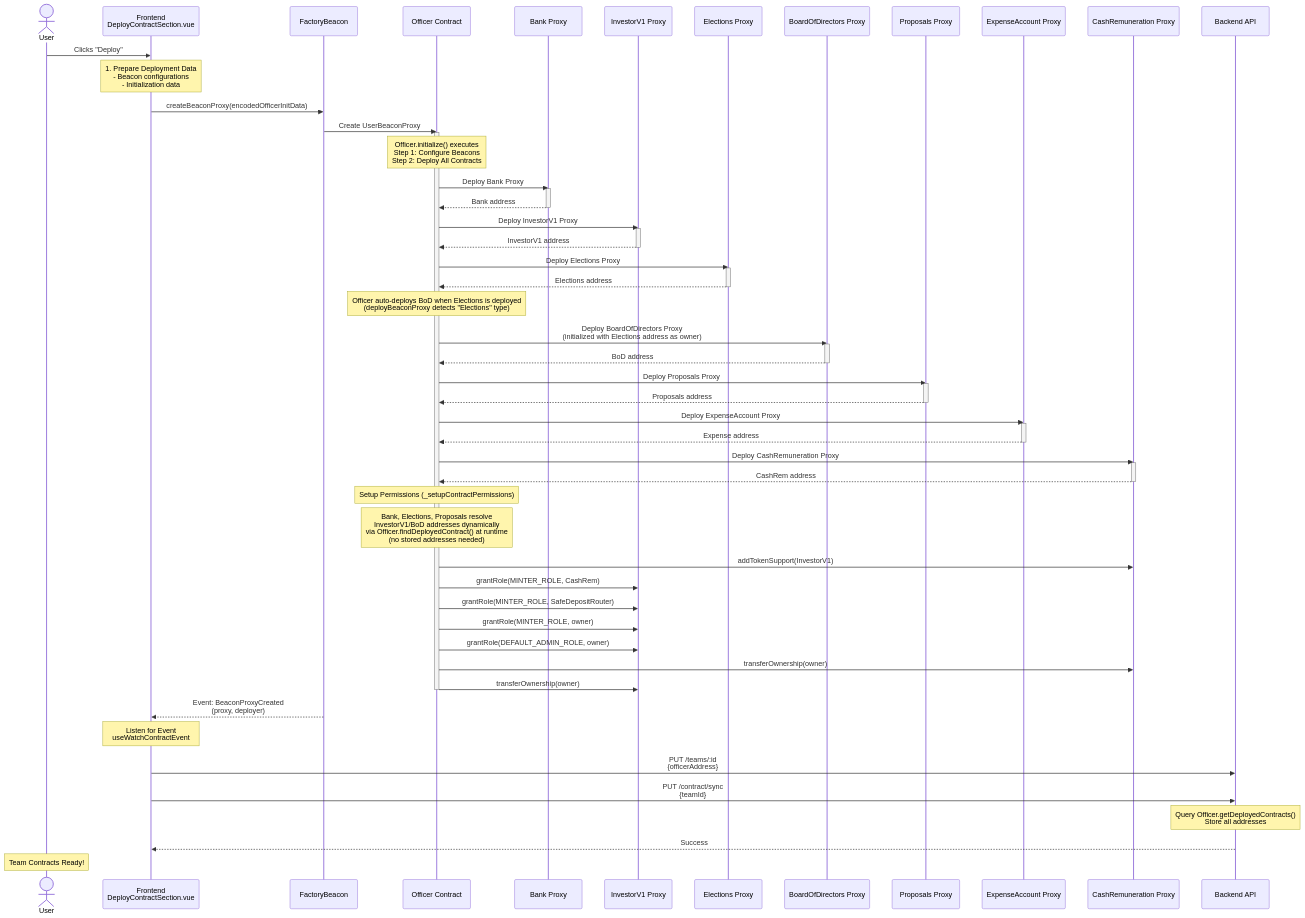
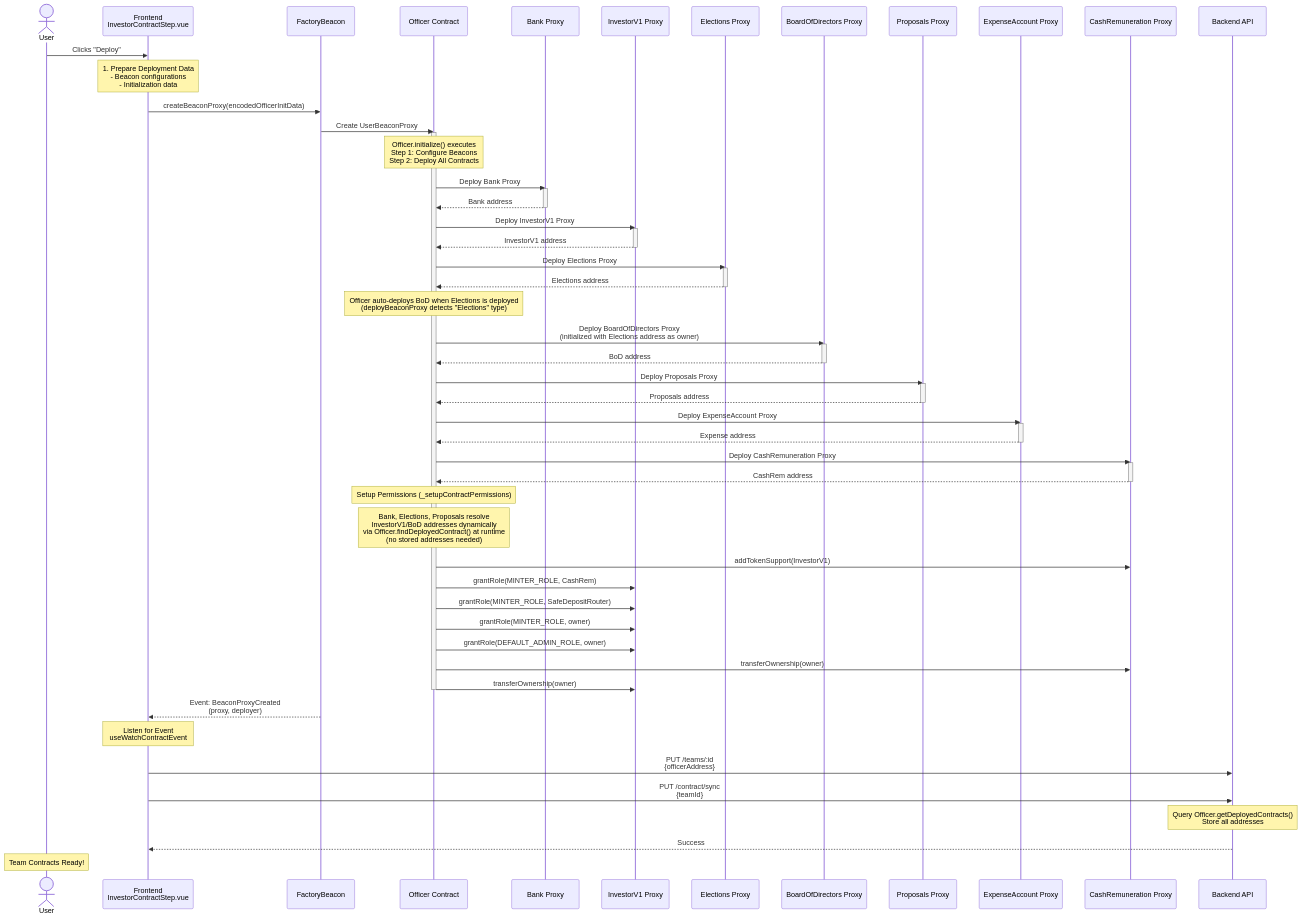
Before and after one commit to globe-and-citizen/cnc-portal: the third of 7 diagrams in docs/contracts/contracts-architecture-diagram.md, drawn with Mermaid. The commit also changed other lines of this file and 6 other files, not shown here.

Commit message:
refactor: replace DeployContractSection with InvestorContractStep and update related documentation

````diff
--- a/docs/contracts/contracts-architecture-diagram.md
+++ b/docs/contracts/contracts-architecture-diagram.md
@@ -128,7 +128,7 @@
 ```mermaid
 sequenceDiagram
     actor User
-    participant Frontend as Frontend<br/>DeployContractSection.vue
+    participant Frontend as Frontend<br/>InvestorContractStep.vue
     participant FB as FactoryBeacon
     participant Officer as Officer Contract
     participant Bank as Bank Proxy
````
